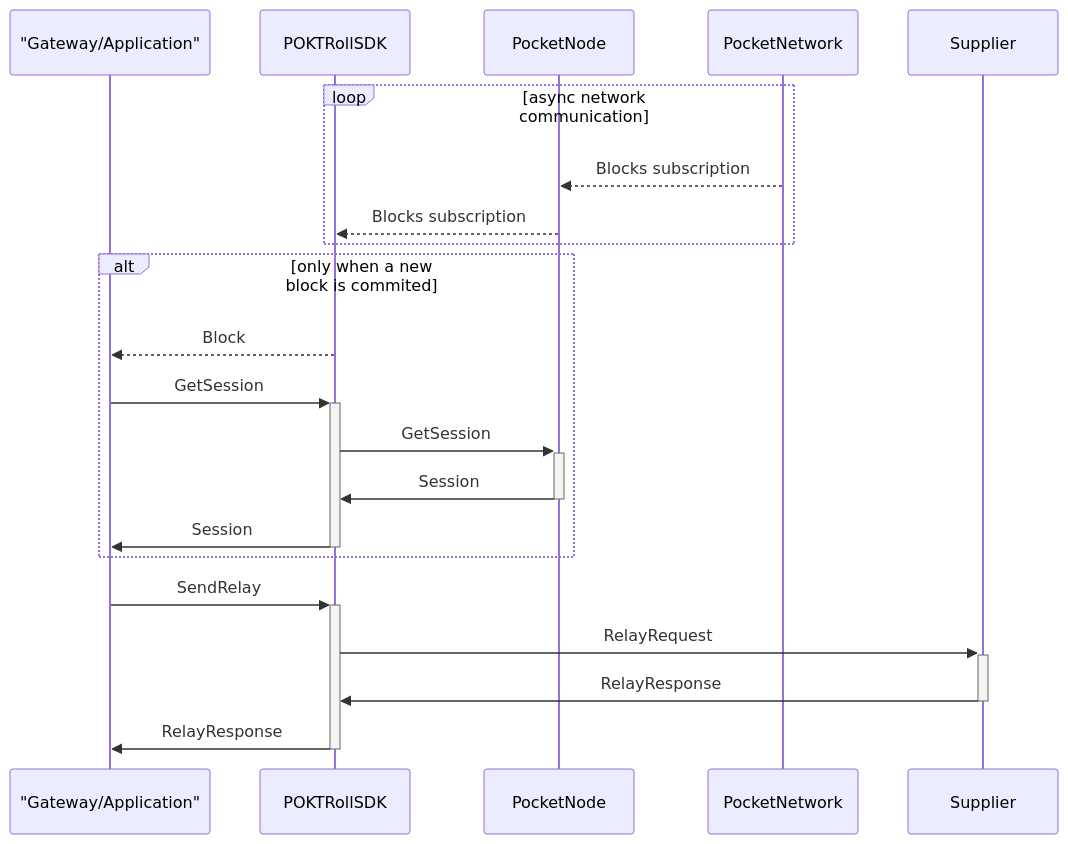
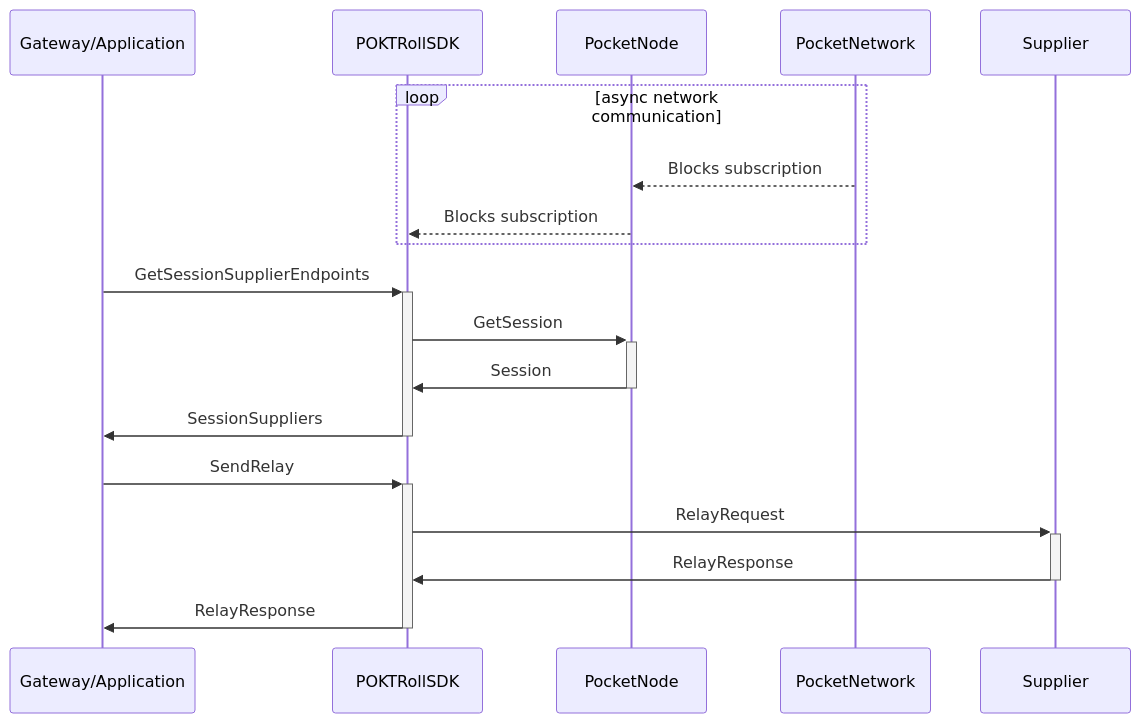
The third of 3 diagrams in docusaurus/docs/packages/pkg/sdk/sdk.md (pokt-network/poktroll), drawn with Mermaid before and after one commit. The commit also changed other lines of this file, not shown here.

````diff
--- a/docusaurus/docs/packages/pkg/sdk/sdk.md
+++ b/docusaurus/docs/packages/pkg/sdk/sdk.md
@@ -298,26 +299,24 @@
 ```mermaid
 sequenceDiagram
-    participant G as "Gateway/Application"
+    participant GA as Gateway/Application
     participant SDK as POKTRollSDK
     participant Node as PocketNode
     participant Network as PocketNetwork
     participant S as Supplier
 
 		loop async network communication
 	    Network -->> Node: Blocks subscription
 	    Node -->> SDK: Blocks subscription
 		end
-		%% Session Retrieval
-		alt only when a new block is commited
-			SDK -->> G: Block
-	    G ->> +SDK: GetSession
-	    SDK ->> +Node: GetSession
-	    Node ->> -SDK: Session
-			SDK ->> -G: Session
-		end
+		%% Session Suppliers Retrieval
+    GA ->> +SDK: GetSessionSupplierEndpoints
+    SDK ->> +Node: GetSession
+    Node ->> -SDK: Session
+    SDK ->> -GA: SessionSuppliers
+
 		%% Relay Propagation
-    G ->> +SDK: SendRelay
+    GA ->> +SDK: SendRelay
     SDK ->> +S: RelayRequest
     S ->> -SDK: RelayResponse
-		SDK ->> -G: RelayResponse
+		SDK ->> -GA: RelayResponse
 ```
````
